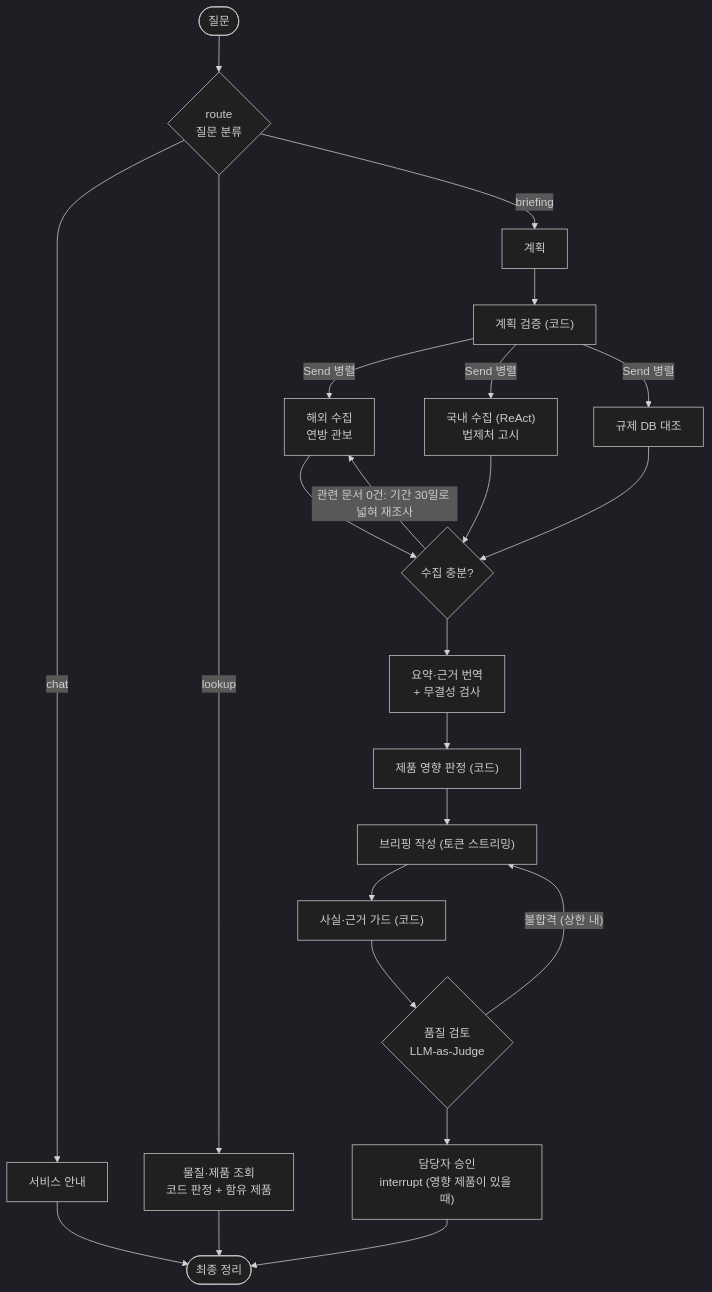
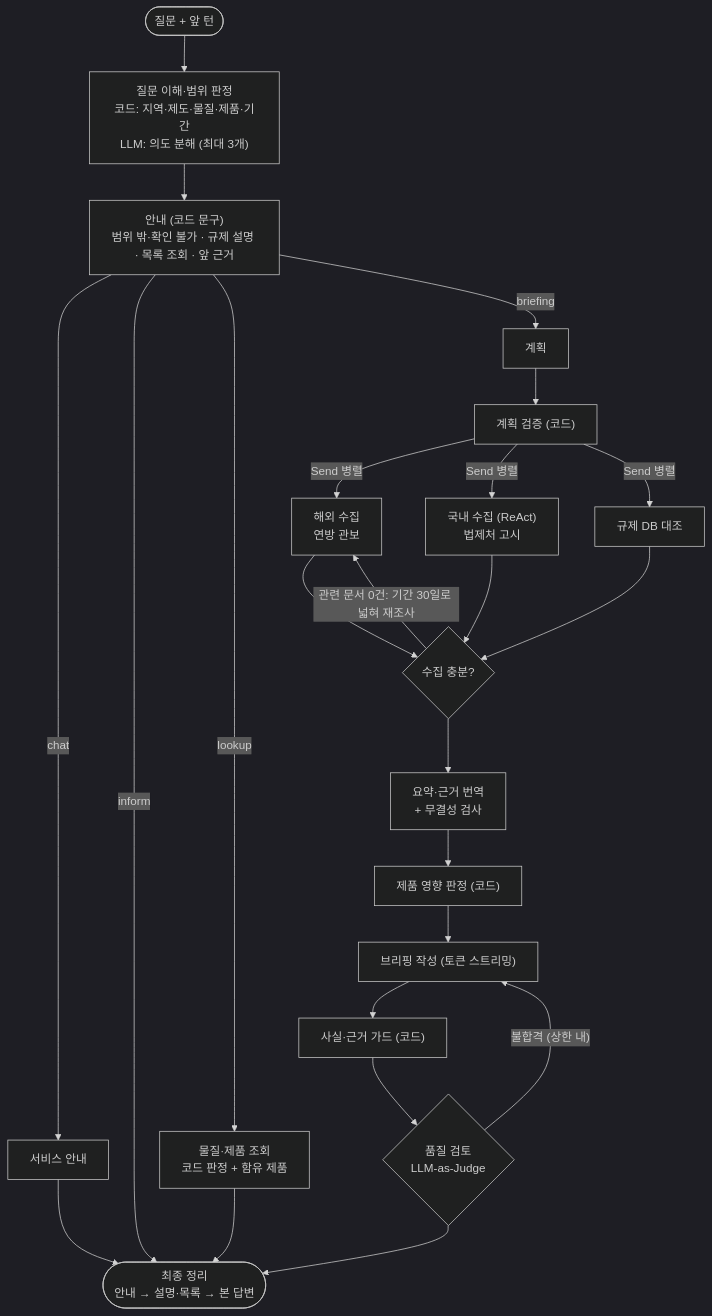
Before and after one commit to ji0x0/skala-chem-reg: the second of 2 diagrams in README.md, drawn with Mermaid (dark theme). The commit also changed other lines of this file and 7 other files, not shown here.

````diff
--- a/README.md
+++ b/README.md
@@ -59,15 +59,17 @@
 ```mermaid
 flowchart TD
-    Q([질문]) --> route{route<br/>질문 분류}
-    route -- chat --> chat[서비스 안내] --> fin
-    route -- lookup --> lookup["물질·제품 조회<br/>코드 판정 + 함유 제품"] --> fin
-    route -- briefing --> plan[계획] --> gate["계획 검증 (코드)"]
+    Q([질문 + 앞 턴]) --> und["질문 이해·범위 판정<br/>코드: 지역·제도·물질·제품·기간<br/>LLM: 의도 분해 (최대 3개)"]
+    und --> inform["안내 (코드 문구)<br/>범위 밖·확인 불가 · 규제 설명 · 목록 조회 · 앞 근거"]
+    inform -- chat --> chat[서비스 안내] --> fin
+    inform -- inform --> fin
+    inform -- lookup --> lookup["물질·제품 조회<br/>코드 판정 + 함유 제품"] --> fin
+    inform -- briefing --> plan[계획] --> gate["계획 검증 (코드)"]
     gate -- Send 병렬 --> us["해외 수집<br/>연방 관보"] & kr["국내 수집 (ReAct)<br/>법제처 고시"] & db["규제 DB 대조"]
     us & kr & db --> review{"수집 충분?"}
     review -- "관련 문서 0건: 기간 30일로 넓혀 재조사" --> us
     review --> sum["요약·근거 번역<br/>+ 무결성 검사"] --> impact["제품 영향 판정 (코드)"]
     impact --> write["브리핑 작성 (토큰 스트리밍)"] --> guard["사실·근거 가드 (코드)"]
     guard --> validate{"품질 검토<br/>LLM-as-Judge"}
     validate -- "불합격 (상한 내)" --> write
-    validate --> approval["담당자 승인<br/>interrupt (영향 제품이 있을 때)"] --> fin([최종 정리])
+    validate --> fin([최종 정리<br/>안내 → 설명·목록 → 본 답변])
 ```
````
